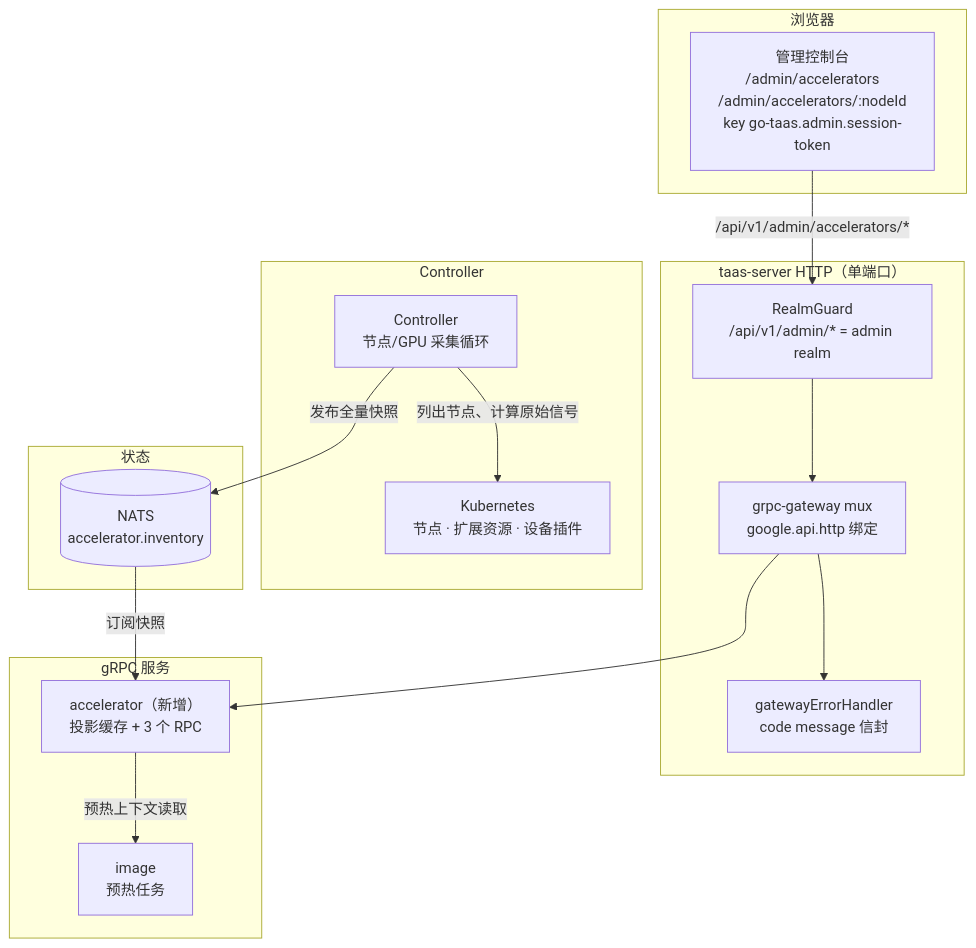
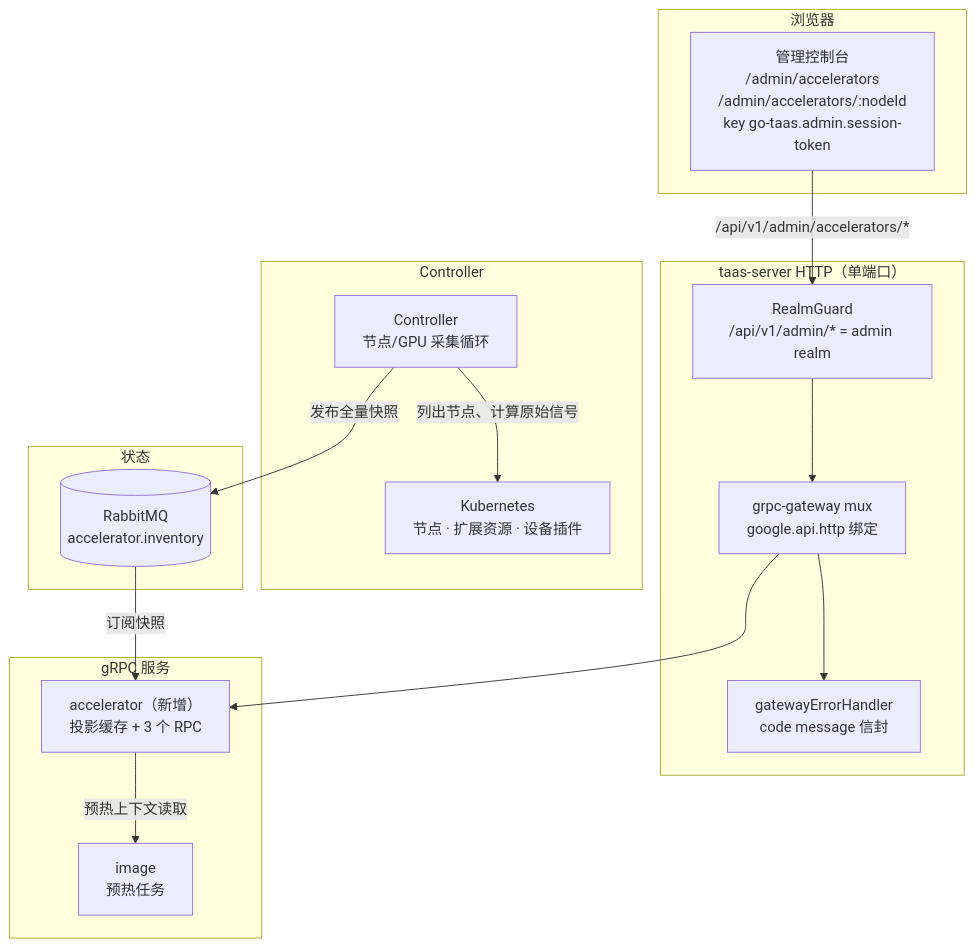
One commit to go-taas/go-taas changed the first of 4 diagrams in site/docs/architecture/accelerator-inventory.zh-cn.md. Above: the diagram before and after it, drawn with Mermaid. The commit also changed other lines of this file and 35 other files, not shown here.

First line of the commit message:
docs: replace NATS with RabbitMQ across docs

````diff
--- a/site/docs/architecture/accelerator-inventory.zh-cn.md
+++ b/site/docs/architecture/accelerator-inventory.zh-cn.md
@@ -76,35 +76,35 @@
 ```mermaid
 flowchart TD
     subgraph browsers["浏览器"]
         AC["管理控制台<br/>/admin/accelerators<br/>/admin/accelerators/:nodeId<br/>key go-taas.admin.session-token"]
     end
 
     subgraph gateway["taas-server HTTP（单端口）"]
         GUARD["RealmGuard<br/>/api/v1/admin/* = admin realm"]
         MUX["grpc-gateway mux<br/>google.api.http 绑定"]
         ERR["gatewayErrorHandler<br/>code message 信封"]
     end
 
     subgraph services["gRPC 服务"]
         ACC["accelerator（新增）<br/>投影缓存 + 3 个 RPC"]
         IMG["image<br/>预热任务"]
     end
 
     subgraph ctrl["Controller"]
         CTRL["Controller<br/>节点/GPU 采集循环"]
         K8S["Kubernetes<br/>节点 · 扩展资源 · 设备插件"]
     end
 
     subgraph stores["状态"]
-        MQ[("NATS<br/>accelerator.inventory")]
+        MQ[("RabbitMQ<br/>accelerator.inventory")]
     end
 
     AC -->|"/api/v1/admin/accelerators/*"| GUARD
     GUARD --> MUX
     MUX --> ERR
     MUX --> ACC
     ACC -->|"预热上下文读取"| IMG
     CTRL -->|"列出节点、计算原始信号"| K8S
     CTRL -->|"发布全量快照"| MQ
     MQ -->|"订阅快照"| ACC
 ```
````
